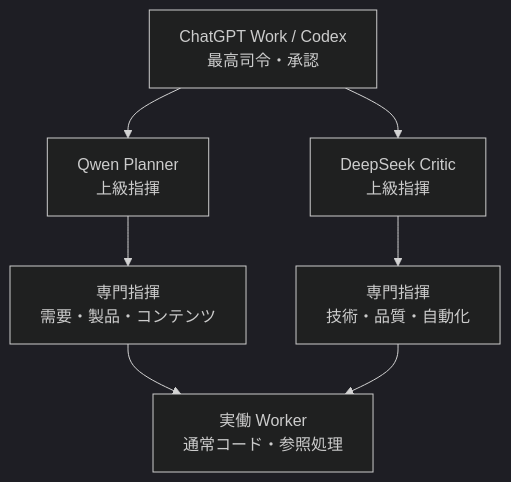
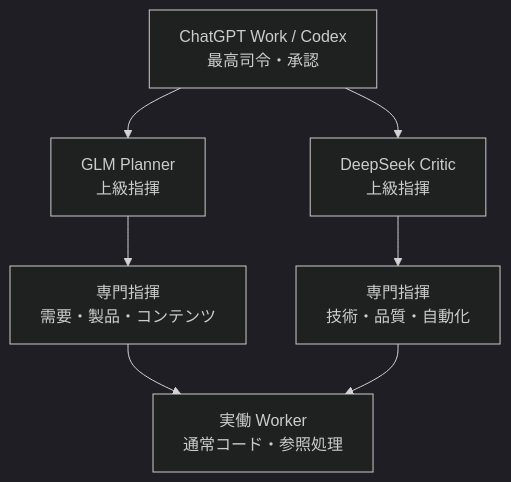
The diagram in docs/HIERARCHICAL_RUNTIME.md (nyu1791-collab/hf-site-agent), drawn with Mermaid (dark theme) before and after one commit. The commit also changed other lines of this file, not shown here.

Commit message:
Document role-based GLM and DeepSeek hierarchy

````diff
--- a/docs/HIERARCHICAL_RUNTIME.md
+++ b/docs/HIERARCHICAL_RUNTIME.md
@@ -19,9 +19,9 @@
 ```mermaid
 flowchart TD
-  C[ChatGPT Work / Codex\n最高司令・承認] --> Q[Qwen Planner\n上級指揮]
+  C[ChatGPT Work / Codex\n最高司令・承認] --> Q[GLM Planner\n上級指揮]
   C --> D[DeepSeek Critic\n上級指揮]
   Q --> S1[専門指揮\n需要・製品・コンテンツ]
   D --> S2[専門指揮\n技術・品質・自動化]
   S1 --> W[実働 Worker\n通常コード・参照処理]
   S2 --> W
 ```
````
